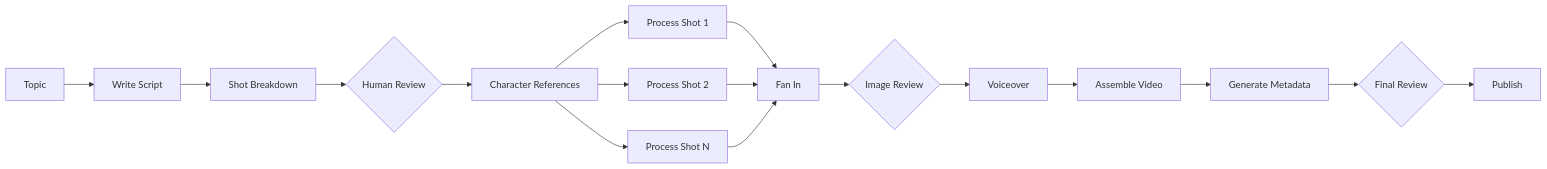
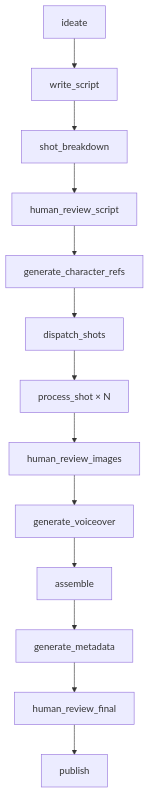
The diagram in README.md (itsleeevi/perspective-engine), drawn with Mermaid before and after one commit. The commit also changed other lines of this file and 102 other files, not shown here.

````diff
--- a/README.md
+++ b/README.md
@@ -64,22 +73,15 @@
 ```mermaid
-flowchart LR
-    A[Topic] --> B[Write Script]
-    B --> C[Shot Breakdown]
-    C --> D{Human Review}
-    D --> E[Character References]
-
-    E --> F1[Process Shot 1]
-    E --> F2[Process Shot 2]
-    E --> F3[Process Shot N]
-
-    F1 --> G[Fan In]
-    F2 --> G
-    F3 --> G
-
-    G --> R{Image Review}
-    R --> H[Voiceover]
-    H --> I[Assemble Video]
-    I --> J[Generate Metadata]
-    J --> K{Final Review}
-    K --> L[Publish]
+flowchart TD
+    ideate[ideate] --> writeScript[write_script]
+    writeScript --> shotBreakdown[shot_breakdown]
+    shotBreakdown --> reviewScript[human_review_script]
+    reviewScript --> genRefs[generate_character_refs]
+    genRefs --> dispatch[dispatch_shots]
+    dispatch --> processShot["process_shot × N"]
+    processShot --> reviewImages[human_review_images]
+    reviewImages --> voiceover[generate_voiceover]
+    voiceover --> assemble[assemble]
+    assemble --> metadata[generate_metadata]
+    metadata --> reviewFinal[human_review_final]
+    reviewFinal --> publish[publish]
 ```
````
